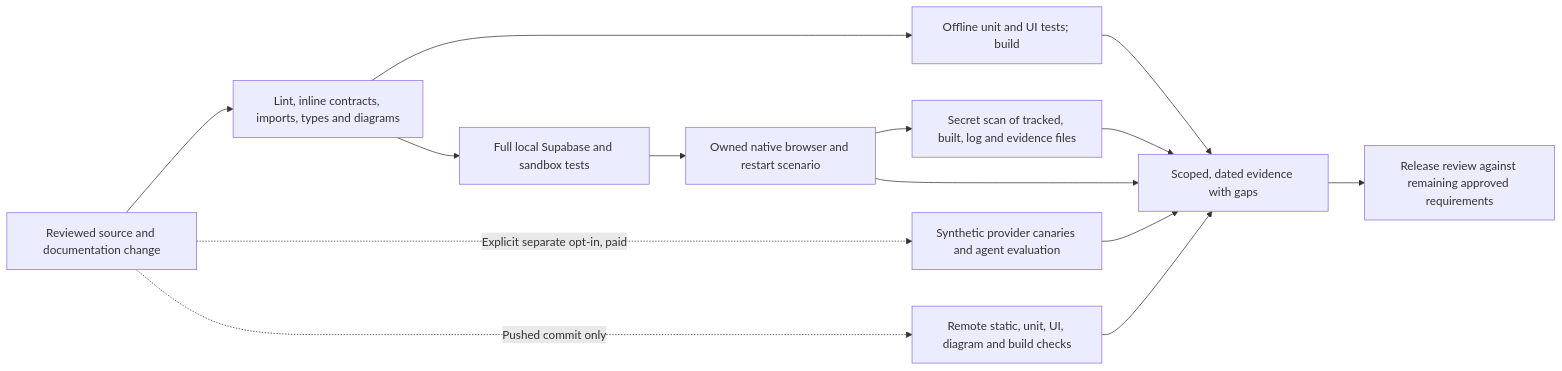
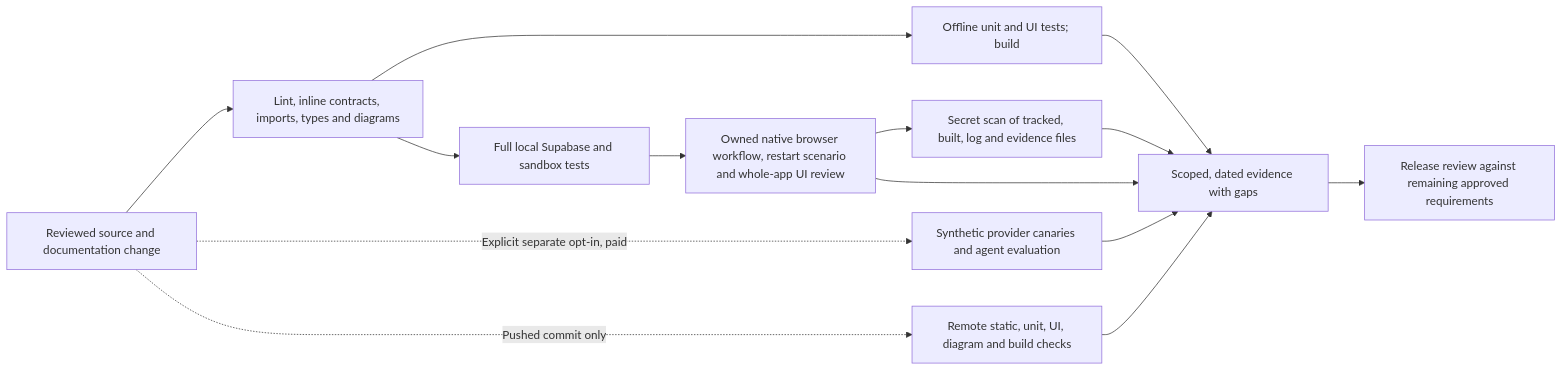
The diagram in docs/diagrams/verification-scope.mmd (Nagdy8888/lumaquote), drawn with Mermaid before and after one commit. The commit also changed 10 other files, not shown here.

First line of the commit message:
docs: refresh the verification-scope diagram after the browser gate change

```diff
--- a/docs/diagrams/verification-scope.mmd
+++ b/docs/diagrams/verification-scope.mmd
@@ -1,16 +1,16 @@
 flowchart LR
   accTitle: Verification boundaries and honest evidence
   accDescr: Offline verification, full local infrastructure tests, a final secret-value scan, explicitly opted-in live canaries and remote CI prove different scopes. Diagram freshness is a repeatable documentation check, not a business-release certificate.
   Change["Reviewed source and documentation change"] --> Static["Lint, inline contracts, imports, types and diagrams"]
   Static --> Offline["Offline unit and UI tests; build"]
   Static --> Full["Full local Supabase and sandbox tests"]
-  Full --> Browser["Owned native browser and restart scenario"]
+  Full --> Browser["Owned native browser workflow, restart scenario and whole-app UI review"]
   Change -. Explicit separate opt-in, paid .-> Live["Synthetic provider canaries and agent evaluation"]
   Change -. Pushed commit only .-> CI["Remote static, unit, UI, diagram and build checks"]
   Offline --> Evidence["Scoped, dated evidence with gaps"]
   Browser --> Secrets["Secret scan of tracked, built, log and evidence files"]
   Secrets --> Evidence
   Browser --> Evidence
   Live --> Evidence
   CI --> Evidence
   Evidence --> Review["Release review against remaining approved requirements"]
```
